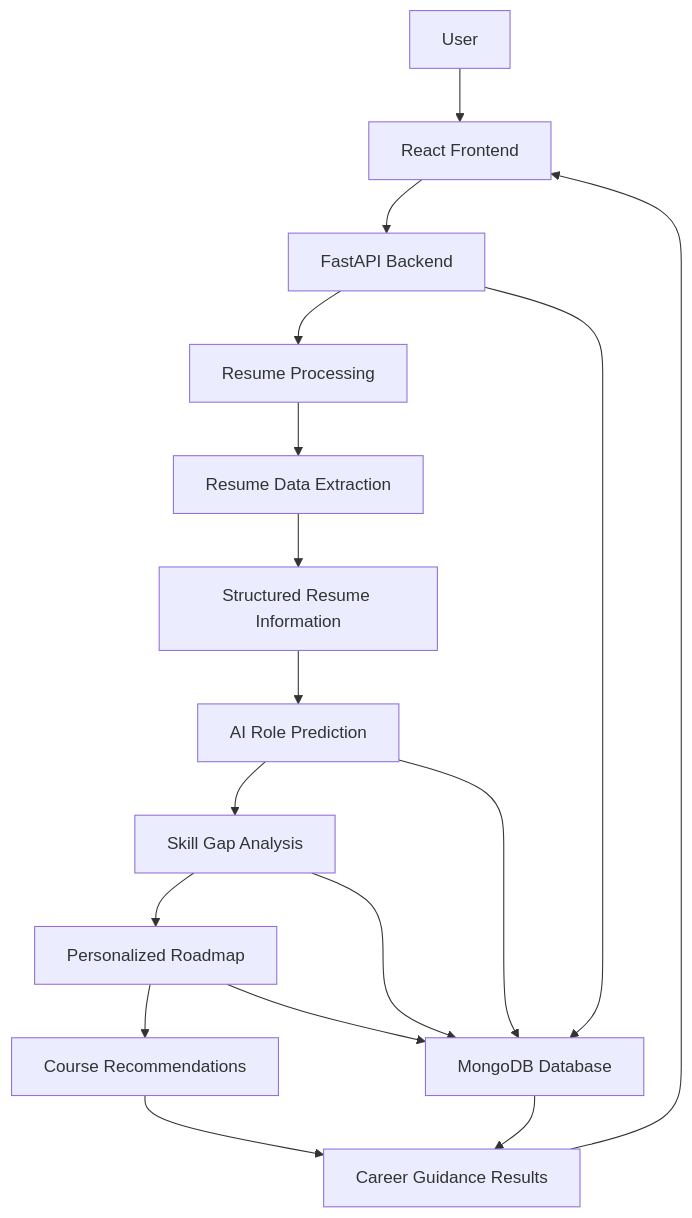
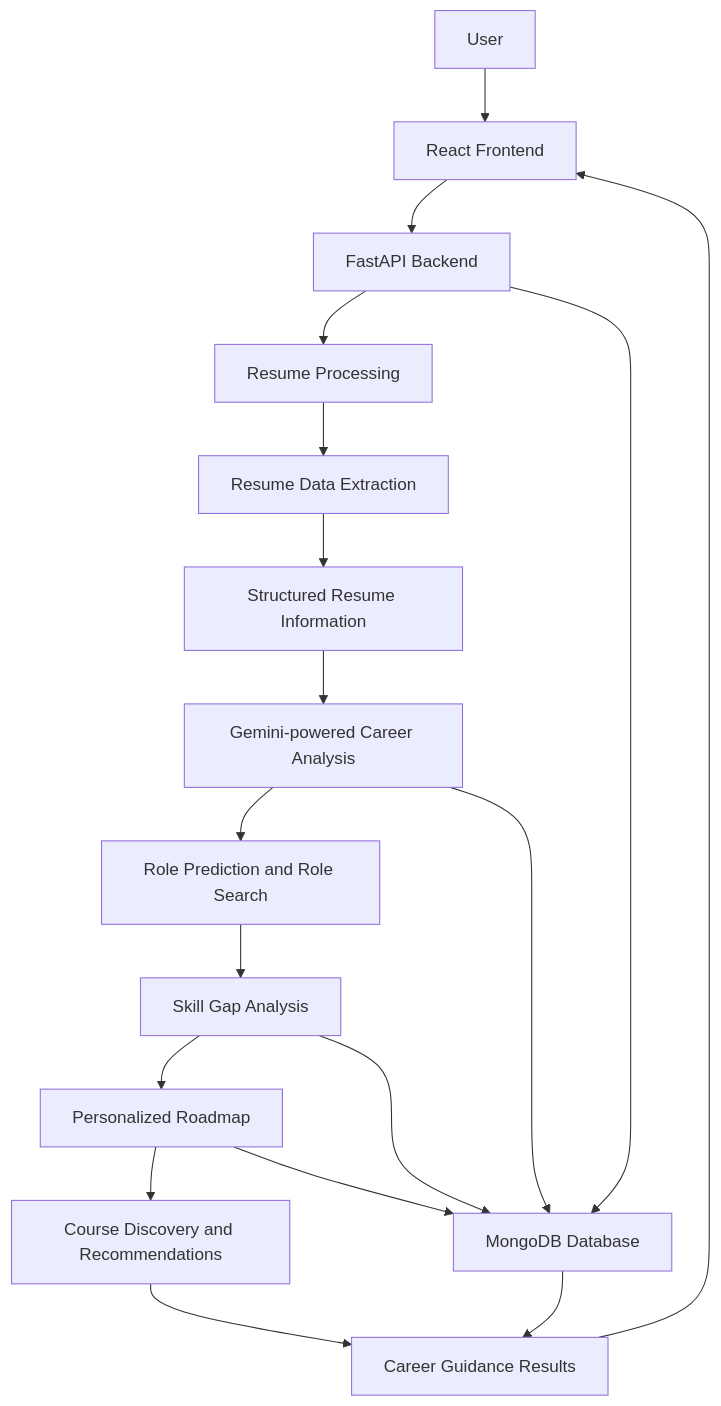
The first of 2 diagrams in README.md (Padmapv28/skill_bridge), drawn with Mermaid before and after one commit. The commit also changed other lines of this file, not shown here.

Commit message:
Update README and Gemini environment documentation

````diff
--- a/README.md
+++ b/README.md
@@ -77,23 +93,20 @@
 ```mermaid
 flowchart TD
     A[User] --> B[React Frontend]
     B --> C[FastAPI Backend]
-
     C --> D[Resume Processing]
     D --> E[Resume Data Extraction]
     E --> F[Structured Resume Information]
-
-    F --> G[AI Role Prediction]
-    G --> H[Skill Gap Analysis]
-    H --> I[Personalized Roadmap]
-    I --> J[Course Recommendations]
-
-    C --> K[MongoDB Database]
-    G --> K
-    H --> K
-    I --> K
-
-    J --> L[Career Guidance Results]
-    K --> L
-    L --> B
+    F --> G[Gemini-powered Career Analysis]
+    G --> H[Role Prediction and Role Search]
+    H --> I[Skill Gap Analysis]
+    I --> J[Personalized Roadmap]
+    J --> K[Course Discovery and Recommendations]
+    C --> L[MongoDB Database]
+    G --> L
+    I --> L
+    J --> L
+    K --> M[Career Guidance Results]
+    L --> M
+    M --> B
 ```
````
